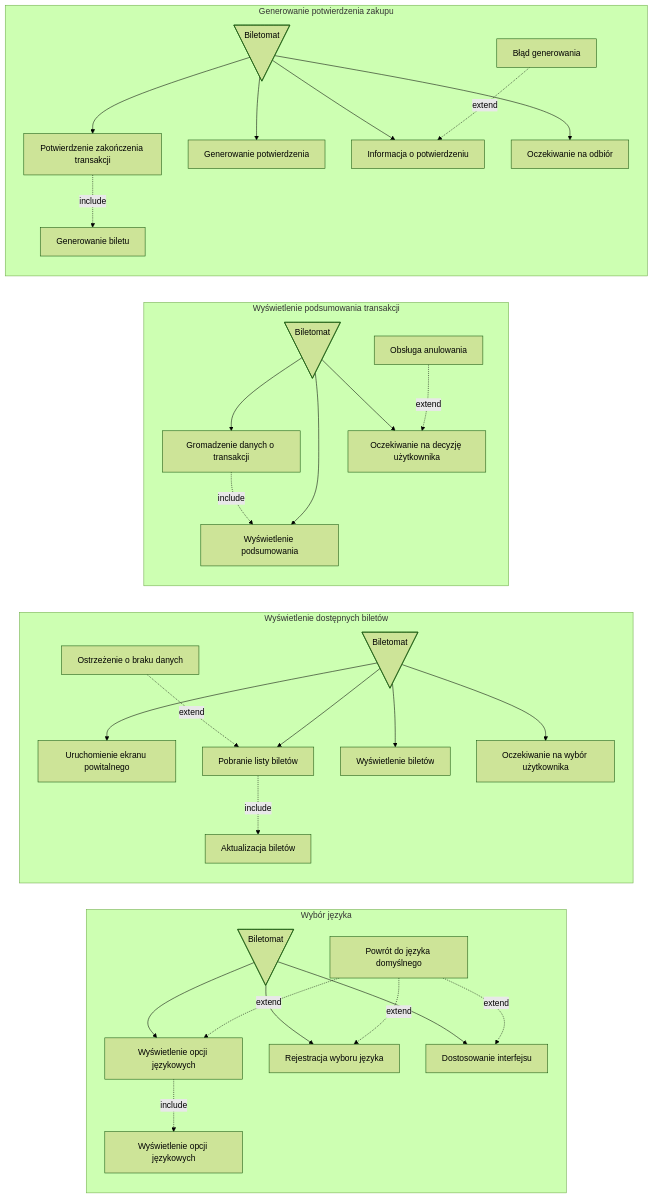
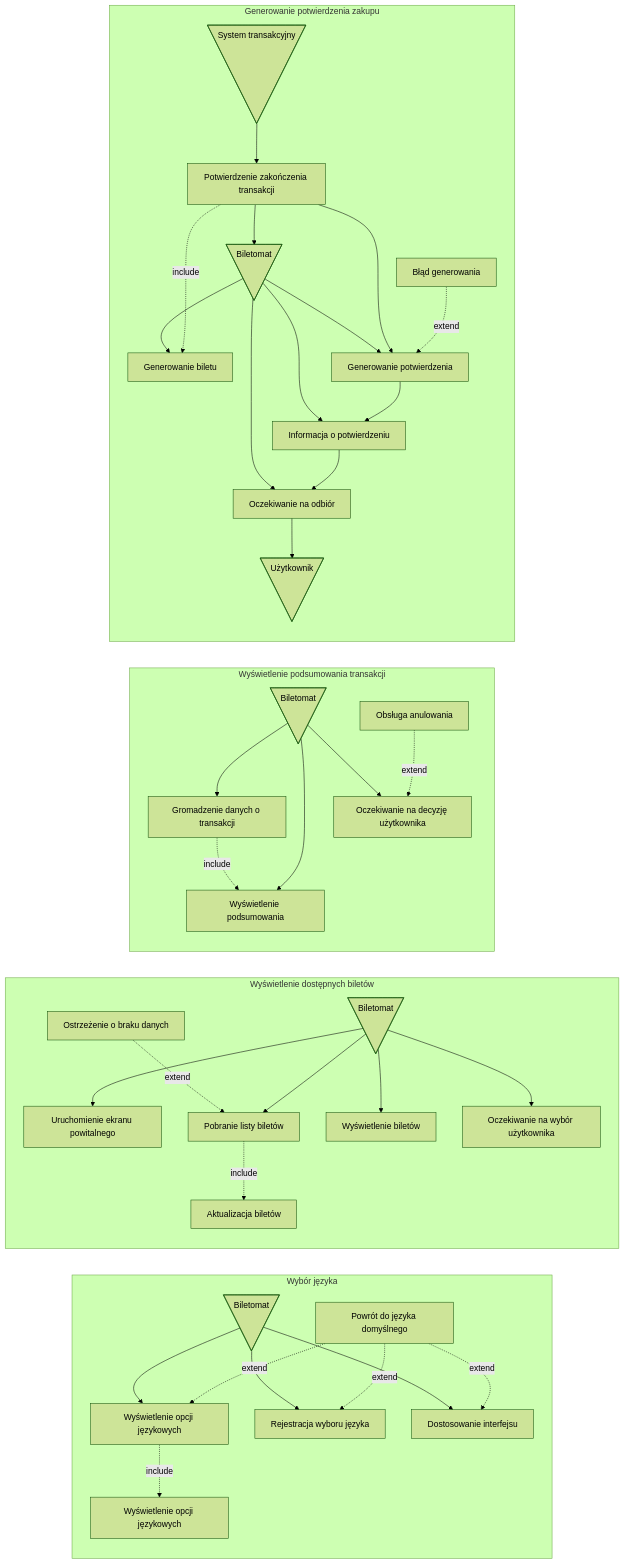
Before and after one commit to MarcinMarszewski/dowolna_nazwa: the first of 2 diagrams in userstories/biletomat.md, drawn with Mermaid (forest theme).

Commit message:
Update biletomat.md DIAGRAM 4

````diff
--- a/userstories/biletomat.md
+++ b/userstories/biletomat.md
@@ -11,71 +11,79 @@
 ```mermaid
 flowchart LR
 subgraph "Wybór języka"
   A@{ shape: manual-file, label: "Biletomat" }
   id1[Wyświetlenie opcji językowych]
   id2[Rejestracja wyboru języka]
   id3[Dostosowanie interfejsu]
   id4[Wyświetlenie opcji językowych]
   id5[Powrót do języka domyślnego]
 
   A --> id1
   A --> id2
   A --> id3
   id5-. extend .-> id1
   id5-. extend .-> id2
   id5-. extend .-> id3
   id1-. include .-> id4
   
 end
 subgraph "Wyświetlenie dostępnych biletów"
   B@{ shape: manual-file, label: "Biletomat" }
   id11[Uruchomienie ekranu powitalnego]
   id22[Pobranie listy biletów]
   id33[Wyświetlenie biletów]
   id44[Oczekiwanie na wybór użytkownika]
   id55[Aktualizacja biletów]
   id66[Ostrzeżenie o braku danych]
 
   B --> id11
   B --> id22
   B --> id33
   B --> id44
   id22-. include .-> id55
   id66-. extend .-> id22
 
 end
 subgraph "Wyświetlenie podsumowania transakcji"
   C@{ shape: manual-file, label: "Biletomat" }
   uc1[Gromadzenie danych o transakcji]
   uc2[Wyświetlenie podsumowania]
   uc3[Oczekiwanie na decyzję użytkownika]
   uc4[Obsługa anulowania]
 
   C --> uc1
   C --> uc2
   C --> uc3
 
   uc1-. include .-> uc2
   uc4-. extend .-> uc3
 
 end
 subgraph "Generowanie potwierdzenia zakupu"
   D@{ shape: manual-file, label: "Biletomat" }
+  DD@{ shape: manual-file, label: "System transakcyjny" }
+  DDD@{ shape: manual-file, label: "Użytkownik" }
   u1[Potwierdzenie zakończenia transakcji]
   u2[Generowanie potwierdzenia]
   u3[Informacja o potwierdzeniu]
   u4[Oczekiwanie na odbiór]
   u5[Generowanie biletu]
   u6[Błąd generowania]
 
-  D --> u1
+  DD --> u1
+  D --> u5
   D --> u2
   D --> u3
   D --> u4
+  u1 --> D
+  u1 --> u2
+  u2 --> u3
+  u3 --> u4
+  u4 --> DDD
 
   u1-. include .-> u5
-  u6-. extend .-> u3
+  u6-. extend .-> u2
 
 end
 
 ```
````
